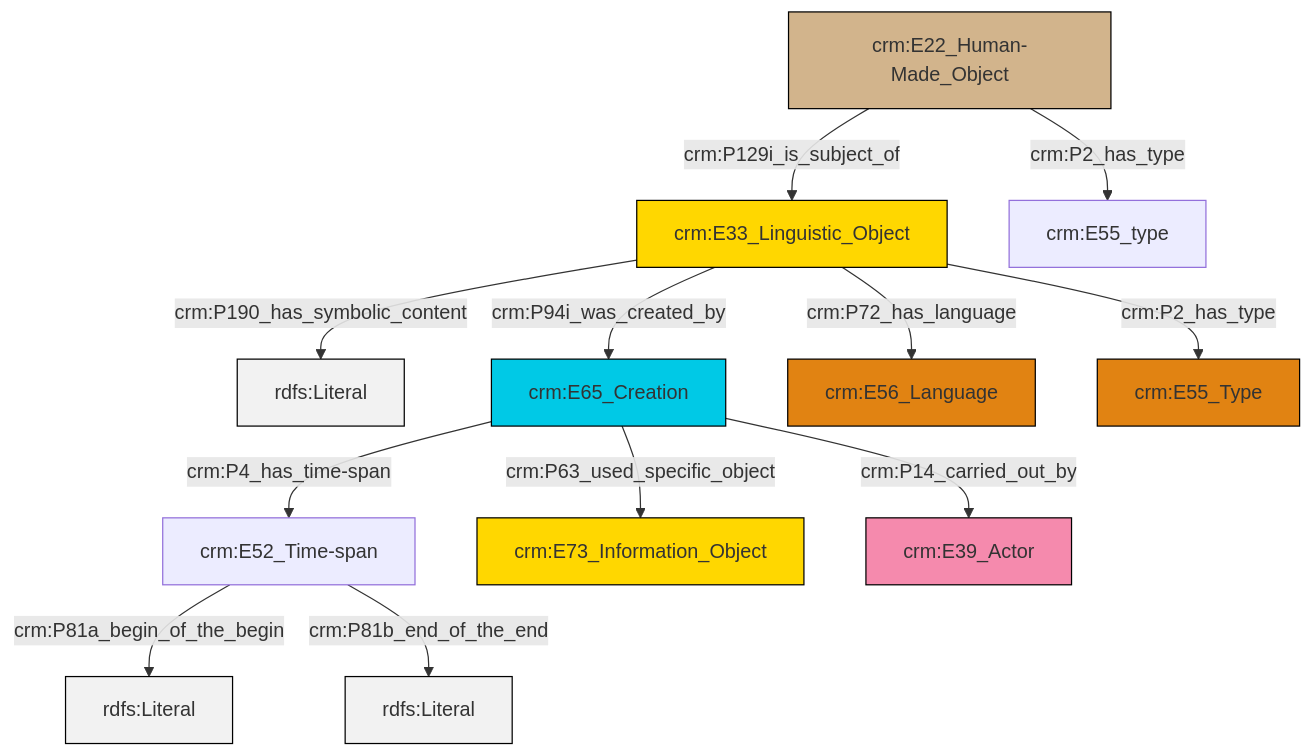
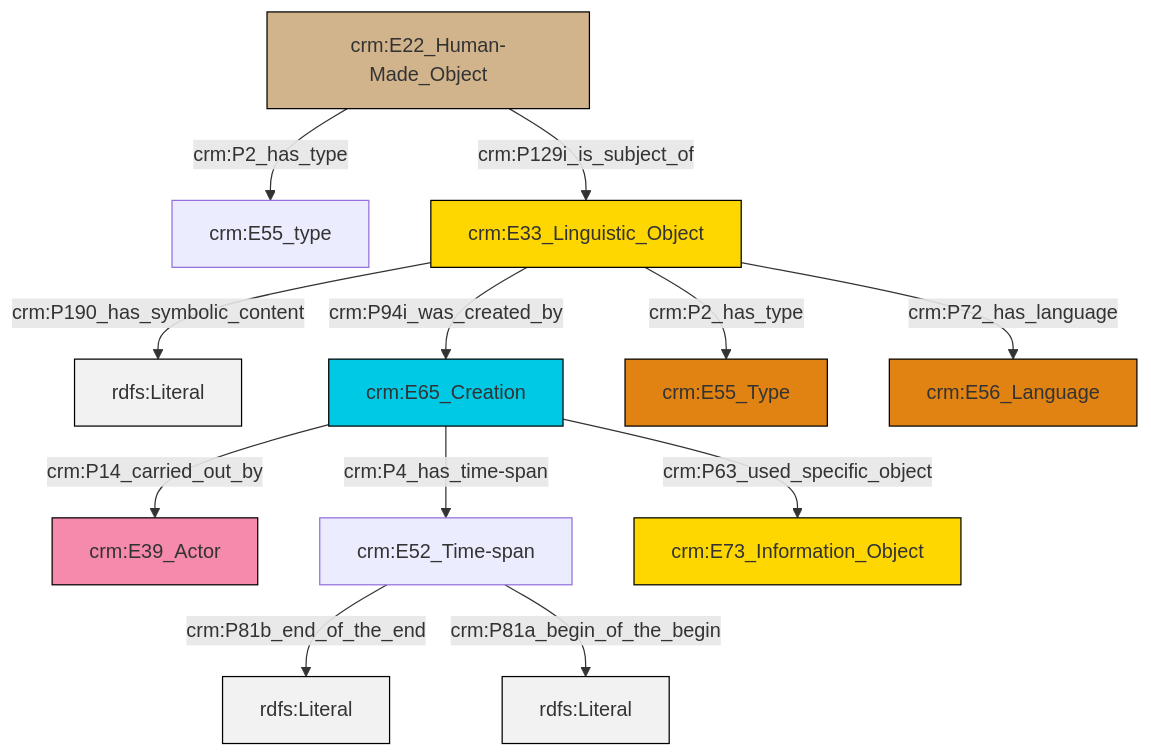
The diagram in et/artworkCSV/ttl/mmd/Artwork_Description.ttl.mmd (swiss-art-research-net/reference-data-models), drawn with Mermaid before and after one commit. The commit also changed 128 other files, not shown here.

```diff
--- a/et/artworkCSV/ttl/mmd/Artwork_Description.ttl.mmd
+++ b/et/artworkCSV/ttl/mmd/Artwork_Description.ttl.mmd
@@ -1,26 +1,26 @@
 graph TD
 classDef Literal fill:#f2f2f2,stroke:#000000;
 classDef CRM_Entity fill:#FFFFFF,stroke:#000000;
 classDef Temporal_Entity fill:#00C9E6, stroke:#000000;
 classDef Type fill:#E18312, stroke:#000000;
 classDef Time-Span fill:#2C9C91, stroke:#000000;
 classDef Appellation fill:#FFEB7F, stroke:#000000;
 classDef Place fill:#008836, stroke:#000000;
 classDef Persistent_Item fill:#B266B2, stroke:#000000;
 classDef Conceptual_Object fill:#FFD700, stroke:#000000;
 classDef Physical_Thing fill:#D2B48C, stroke:#000000;
 classDef Actor fill:#f58aad, stroke:#000000;
 classDef PC_Classes fill:#4ce600, stroke:#000000;
 classDef Multi fill:#cccccc,stroke:#000000;
 
-2["crm:E33_Linguistic_Object"]:::Conceptual_Object -->|crm:P190_has_symbolic_content| 3[rdfs:Literal]:::Literal
-4["crm:E65_Creation"]:::Temporal_Entity -->|crm:P4_has_time-span| 5["crm:E52_Time-span"]:::Default
-4["crm:E65_Creation"]:::Temporal_Entity -->|crm:P63_used_specific_object| 6["crm:E73_Information_Object"]:::Conceptual_Object
-4["crm:E65_Creation"]:::Temporal_Entity -->|crm:P14_carried_out_by| 7["crm:E39_Actor"]:::Actor
-5["crm:E52_Time-span"]:::Default -->|crm:P81a_begin_of_the_begin| 9[rdfs:Literal]:::Literal
-5["crm:E52_Time-span"]:::Default -->|crm:P81b_end_of_the_end| 10[rdfs:Literal]:::Literal
-0["crm:E22_Human-Made_Object"]:::Physical_Thing -->|crm:P129i_is_subject_of| 2["crm:E33_Linguistic_Object"]:::Conceptual_Object
-2["crm:E33_Linguistic_Object"]:::Conceptual_Object -->|crm:P94i_was_created_by| 4["crm:E65_Creation"]:::Temporal_Entity
-2["crm:E33_Linguistic_Object"]:::Conceptual_Object -->|crm:P2_has_type| 18["crm:E55_Type"]:::Type
-2["crm:E33_Linguistic_Object"]:::Conceptual_Object -->|crm:P72_has_language| 15["crm:E56_Language"]:::Type
-0["crm:E22_Human-Made_Object"]:::Physical_Thing -->|crm:P2_has_type| 13["crm:E55_type"]:::Default
+4["crm:E33_Linguistic_Object"]:::Conceptual_Object -->|crm:P190_has_symbolic_content| 5[rdfs:Literal]:::Literal
+6["crm:E65_Creation"]:::Temporal_Entity -->|crm:P4_has_time-span| 7["crm:E52_Time-span"]:::Default
+7["crm:E52_Time-span"]:::Default -->|crm:P81b_end_of_the_end| 9[rdfs:Literal]:::Literal
+10["crm:E22_Human-Made_Object"]:::Physical_Thing -->|crm:P129i_is_subject_of| 4["crm:E33_Linguistic_Object"]:::Conceptual_Object
+4["crm:E33_Linguistic_Object"]:::Conceptual_Object -->|crm:P2_has_type| 11["crm:E55_Type"]:::Type
+4["crm:E33_Linguistic_Object"]:::Conceptual_Object -->|crm:P94i_was_created_by| 6["crm:E65_Creation"]:::Temporal_Entity
+4["crm:E33_Linguistic_Object"]:::Conceptual_Object -->|crm:P72_has_language| 13["crm:E56_Language"]:::Type
+6["crm:E65_Creation"]:::Temporal_Entity -->|crm:P63_used_specific_object| 14["crm:E73_Information_Object"]:::Conceptual_Object
+10["crm:E22_Human-Made_Object"]:::Physical_Thing -->|crm:P2_has_type| 2["crm:E55_type"]:::Default
+6["crm:E65_Creation"]:::Temporal_Entity -->|crm:P14_carried_out_by| 0["crm:E39_Actor"]:::Actor
+7["crm:E52_Time-span"]:::Default -->|crm:P81a_begin_of_the_begin| 18[rdfs:Literal]:::Literal
```
